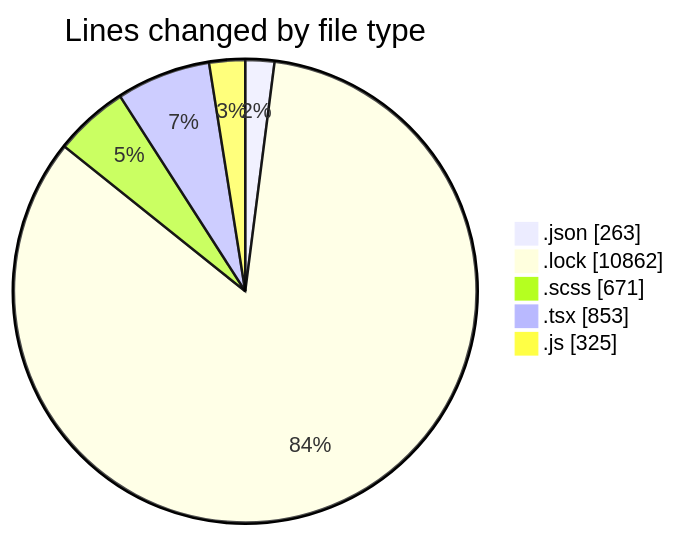
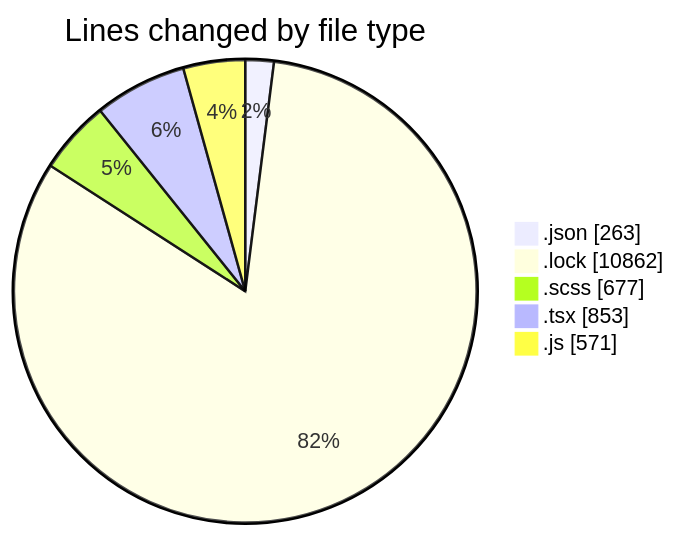
Before and after one commit to momahboobian/code-tracking: the first of 2 diagrams in 2026-05-18/cda/README.md, drawn with Mermaid. The commit also changed other lines of this file and 1 other file, not shown here.

````diff
--- a/2026-05-18/cda/README.md
+++ b/2026-05-18/cda/README.md
@@ -34,9 +35,9 @@
 ```mermaid
 pie showData
 title Lines changed by file type
 ".json" : 263
 ".lock" : 10862
-".scss" : 671
+".scss" : 677
 ".tsx" : 853
-".js" : 325
+".js" : 571
 ```
````
